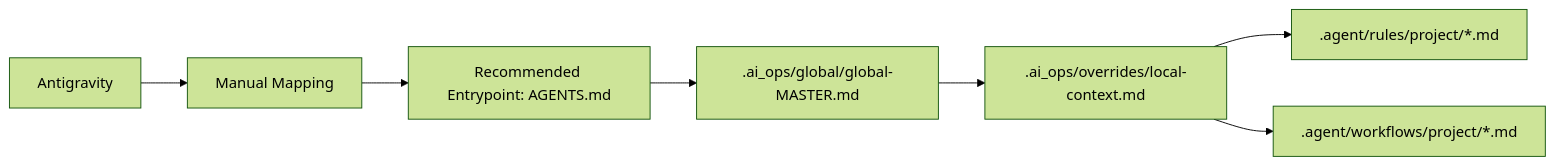
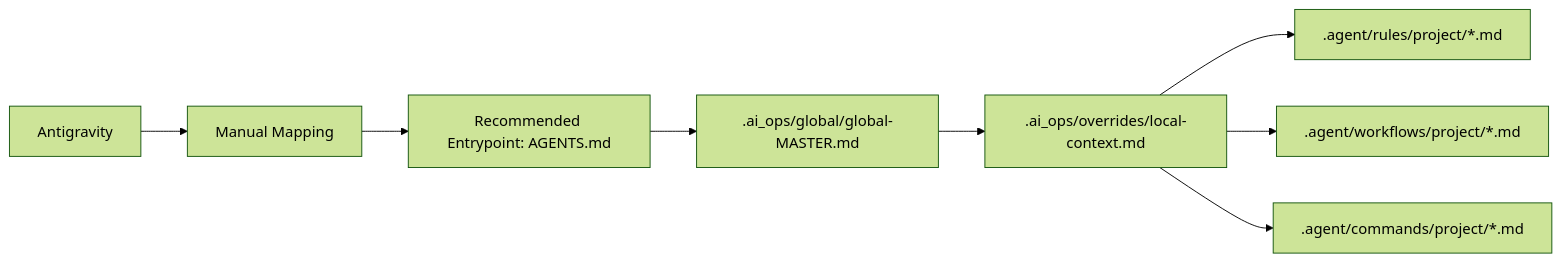
One commit to rajesharora27/central_ai_ops changed the seventh of 8 diagrams in README.md. Above: the diagram before and after it, drawn with Mermaid (forest theme). The commit also changed other lines of this file and 9 other files, not shown here.

````diff
--- a/README.md
+++ b/README.md
@@ -120,9 +129,10 @@
 ```mermaid
 flowchart LR
   A[Antigravity] --> B[Manual Mapping]
   B --> C[Recommended Entrypoint: AGENTS.md]
   C --> D[.ai_ops/global/global-MASTER.md]
   D --> E[.ai_ops/overrides/local-context.md]
   E --> F[.agent/rules/project/*.md]
   E --> G[.agent/workflows/project/*.md]
+  E --> H[.agent/commands/project/*.md]
 ```
````
